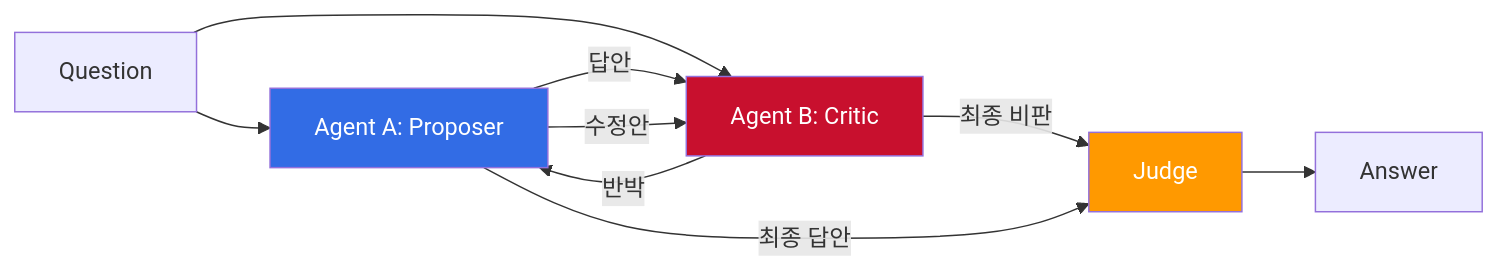
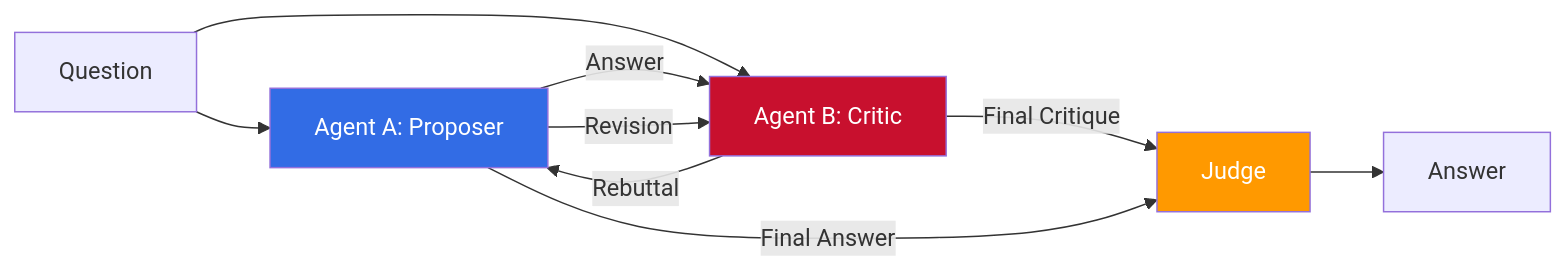
The third of 5 diagrams in docs/aidlc/operations/multi-agent-collaboration.md (devfloor9/engineering-playbook), drawn with Mermaid before and after one commit. The commit also changed other lines of this file and 954 other files, not shown here.

````diff
--- a/docs/aidlc/operations/multi-agent-collaboration.md
+++ b/docs/aidlc/operations/multi-agent-collaboration.md
@@ -111,15 +115,15 @@
 ```mermaid
 flowchart LR
     Q[Question] --> A[Agent A: Proposer]
     Q --> B[Agent B: Critic]
-    A -->|답안| B
-    B -->|반박| A
-    A -->|수정안| B
-    B -->|최종 비판| J[Judge]
-    A -->|최종 답안| J
+    A -->|Answer| B
+    B -->|Rebuttal| A
+    A -->|Revision| B
+    B -->|Final Critique| J[Judge]
+    A -->|Final Answer| J
     J --> ANS[Answer]
 
     style A fill:#326ce5,color:#fff
     style B fill:#c8102e,color:#fff
     style J fill:#ff9900,color:#fff
 ```
````
